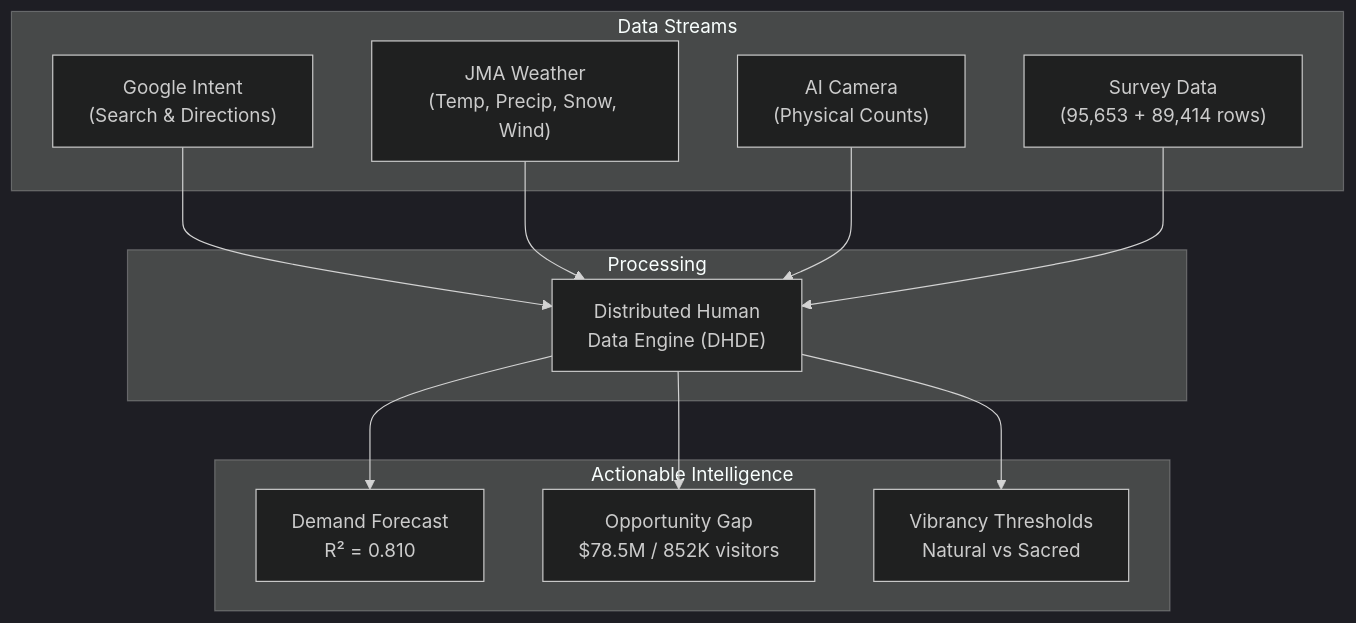
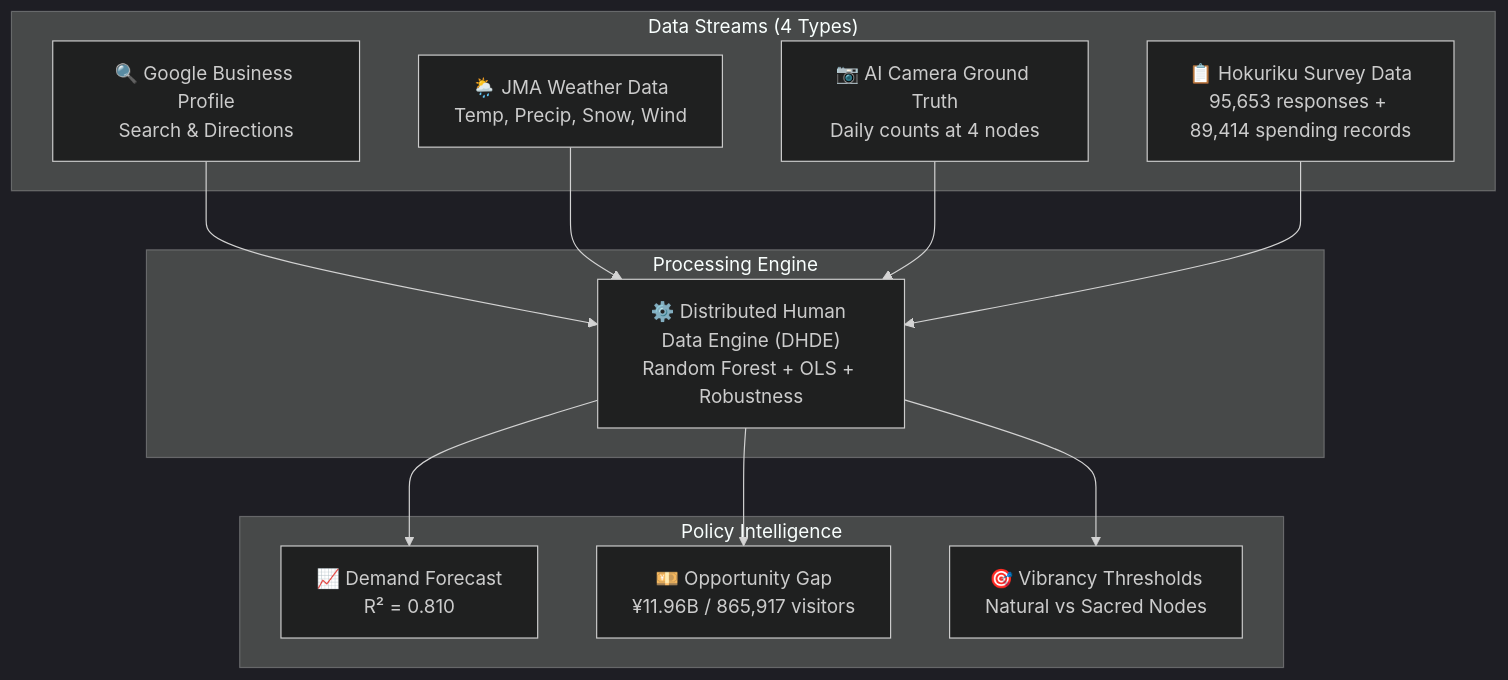
One commit to dinabelay-hub/hokuriku-tourism-ai-governance changed the first of 2 diagrams in output/EXECUTIVE_REPORT.md. Above: the diagram before and after it, drawn with Mermaid (dark theme). The commit also changed other lines of this file, not shown here.

First line of the commit message:
Draft formal Japanese EBPM policy proposal for Hokuriku AI governance committee

````diff
--- a/output/EXECUTIVE_REPORT.md
+++ b/output/EXECUTIVE_REPORT.md
@@ -18,24 +39,24 @@
 ```mermaid
 graph TD
-    subgraph Inputs["Data Streams"]
-        G["Google Intent<br/>(Search & Directions)"]
-        W["JMA Weather<br/>(Temp, Precip, Snow, Wind)"]
-        C["AI Camera<br/>(Physical Counts)"]
-        S["Survey Data<br/>(95,653 + 89,414 rows)"]
-    end
-    subgraph Engine["Processing"]
-        M["Distributed Human<br/>Data Engine (DHDE)"]
-    end
-    subgraph Outputs["Actionable Intelligence"]
-        F["Demand Forecast<br/>R² = 0.810"]
-        O["Opportunity Gap<br/>$78.5M / 852K visitors"]
-        V["Vibrancy Thresholds<br/>Natural vs Sacred"]
-    end
-    G --> M
-    W --> M
-    C --> M
-    S --> M
-    M --> F
-    M --> O
-    M --> V
+	subgraph Inputs["Data Streams (4 Types)"]
+		G["🔍 Google Business Profile<br/>Search & Directions"]
+		W["🌦️ JMA Weather Data<br/>Temp, Precip, Snow, Wind"]
+		C["📷 AI Camera Ground Truth<br/>Daily counts at 4 nodes"]
+		S["📋 Hokuriku Survey Data<br/>95,653 responses + 89,414 spending records"]
+	end
+	subgraph Engine["Processing Engine"]
+		M["⚙️ Distributed Human Data Engine (DHDE)<br/>Random Forest + OLS + Robustness"]
+	end
+	subgraph Outputs["Policy Intelligence"]
+		F["📈 Demand Forecast<br/>R² = 0.810"]
+		O["💴 Opportunity Gap<br/>¥11.96B / 865,917 visitors"]
+		V["🎯 Vibrancy Thresholds<br/>Natural vs Sacred Nodes"]
+	end
+	G --> M
+	W --> M
+	C --> M
+	S --> M
+	M --> F
+	M --> O
+	M --> V
 ```
````
